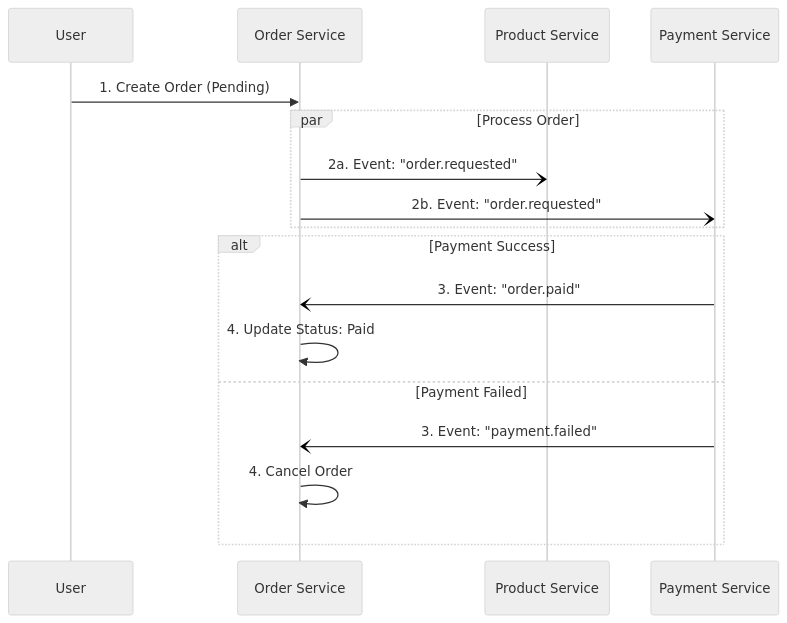
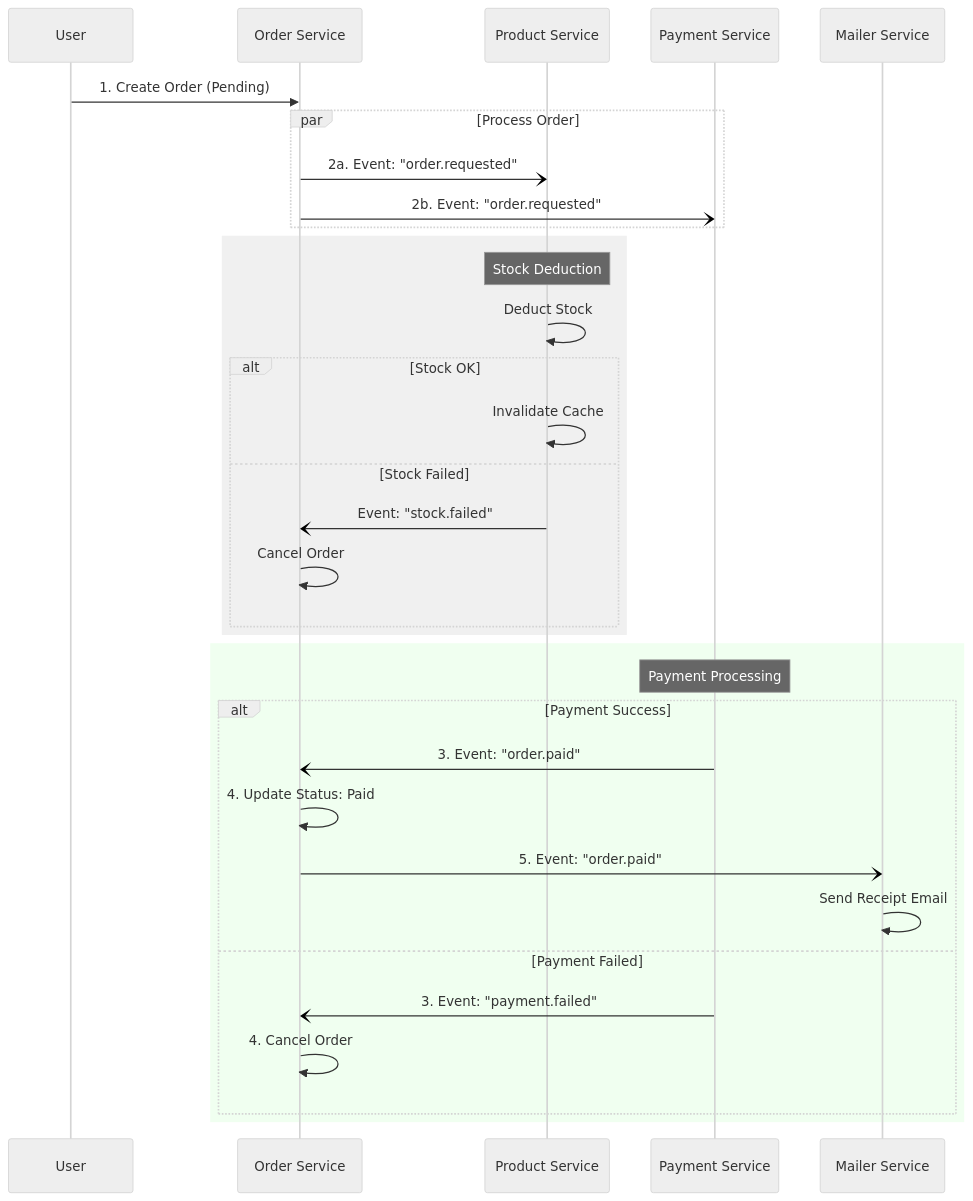
Before and after one commit to phanthehoang2503/small-project-service: the diagram in README.md, drawn with Mermaid (neutral theme).

Commit message:
updated graph in the document for easier demonstration

````diff
--- a/README.md
+++ b/README.md
@@ -13,22 +13,39 @@
 ```mermaid
 sequenceDiagram
     participant User
     participant Order as Order Service
     participant Product as Product Service
     participant Payment as Payment Service
+    participant Mailer as Mailer Service
     
     User->>Order: 1. Create Order (Pending)
     
     par Process Order
         Order-)Product: 2a. Event: "order.requested"
         Order-)Payment: 2b. Event: "order.requested"
     end
     
+    rect rgb(240, 240, 240)
+    Note over Product: Stock Deduction
+    Product->>Product: Deduct Stock
+    alt Stock OK
+        Product->>Product: Invalidate Cache
+    else Stock Failed
+        Product-)Order: Event: "stock.failed"
+        Order->>Order: Cancel Order
+    end
+    end
+
+    rect rgb(240, 255, 240)
+    Note over Payment: Payment Processing
     alt Payment Success
         Payment-)Order: 3. Event: "order.paid"
         Order->>Order: 4. Update Status: Paid
+        Order-)Mailer: 5. Event: "order.paid"
+        Mailer->>Mailer: Send Receipt Email
     else Payment Failed
         Payment-)Order: 3. Event: "payment.failed"
         Order->>Order: 4. Cancel Order
     end
+    end
 ```
````
